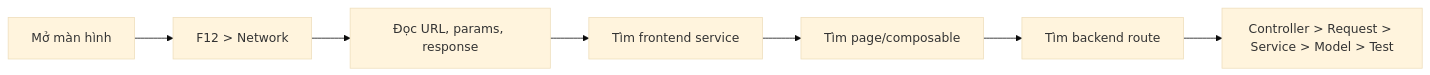
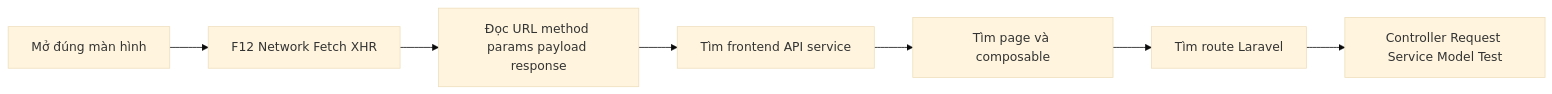
One commit to hieu92264/HALINHTRAVEL-API changed the second of 8 diagrams in docs/training/nguyen-nhat-quang-so-tay-tu-hoc.md. Above: the diagram before and after it, drawn with Mermaid (base theme). The commit also changed other lines of this file and 2 other files, not shown here.

````diff
--- a/docs/training/nguyen-nhat-quang-so-tay-tu-hoc.md
+++ b/docs/training/nguyen-nhat-quang-so-tay-tu-hoc.md
@@ -241,9 +109,9 @@
 ```mermaid
 flowchart LR
-    A[Mở màn hình] --> B[F12 > Network]
-    B --> C[Đọc URL, params, response]
-    C --> D[Tìm frontend service]
-    D --> E[Tìm page/composable]
-    E --> F[Tìm backend route]
-    F --> G[Controller > Request > Service > Model > Test]
+    A[Mở đúng màn hình] --> B[F12 Network Fetch XHR]
+    B --> C[Đọc URL method params payload response]
+    C --> D[Tìm frontend API service]
+    D --> E[Tìm page và composable]
+    E --> F[Tìm route Laravel]
+    F --> G[Controller Request Service Model Test]
 ```
````
